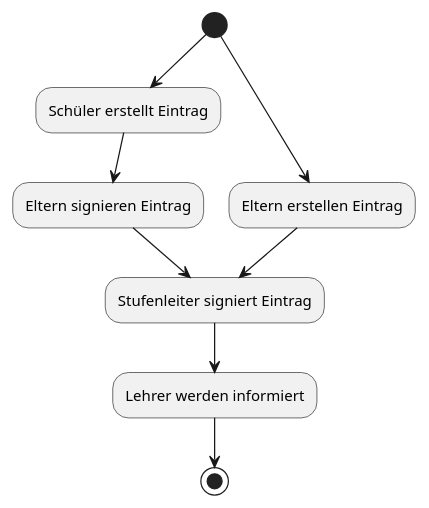
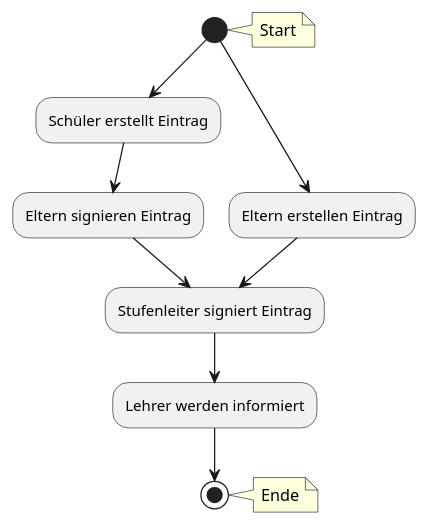
The diagram in resources/Paper/Activity.plantuml (Skn0tt/EntE), drawn with PlantUML before and after one commit. The commit also changed 1 other file, not shown here.

Commit message:
Add Note to Activity Diagram

```diff
--- a/resources/Paper/Activity.plantuml
+++ b/resources/Paper/Activity.plantuml
@@ -1,12 +1,16 @@
 @startuml Activity
+
+note right: Start
 
 (*) --> "Schüler erstellt Eintrag"
 --> "Eltern signieren Eintrag"
 --> "Stufenleiter signiert Eintrag"
 
 (*) --> "Eltern erstellen Eintrag"
 --> "Stufenleiter signiert Eintrag"
 --> "Lehrer werden informiert"
 --> (*)
 
+note right: Ende
+
 @enduml
```
